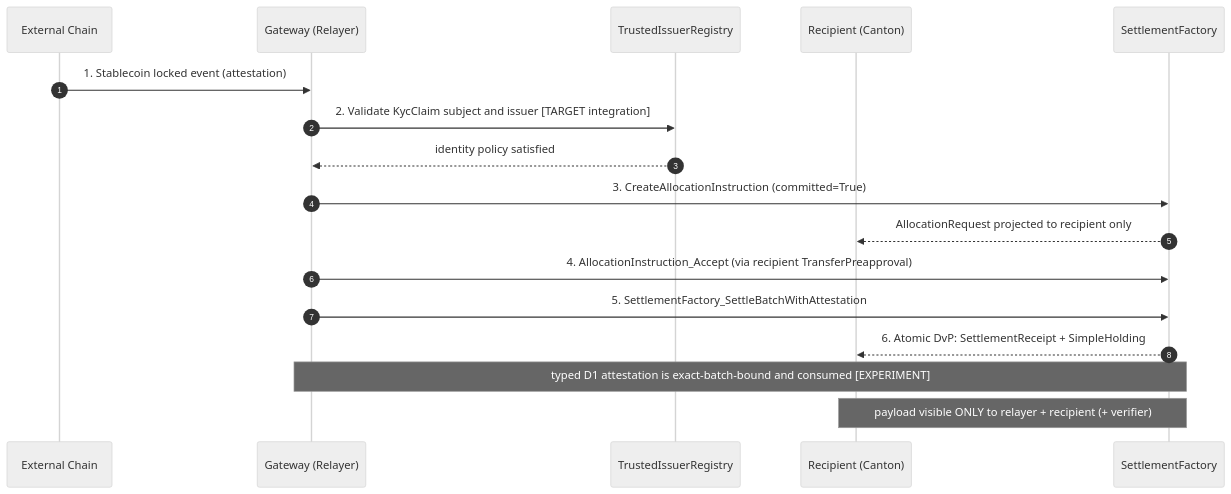
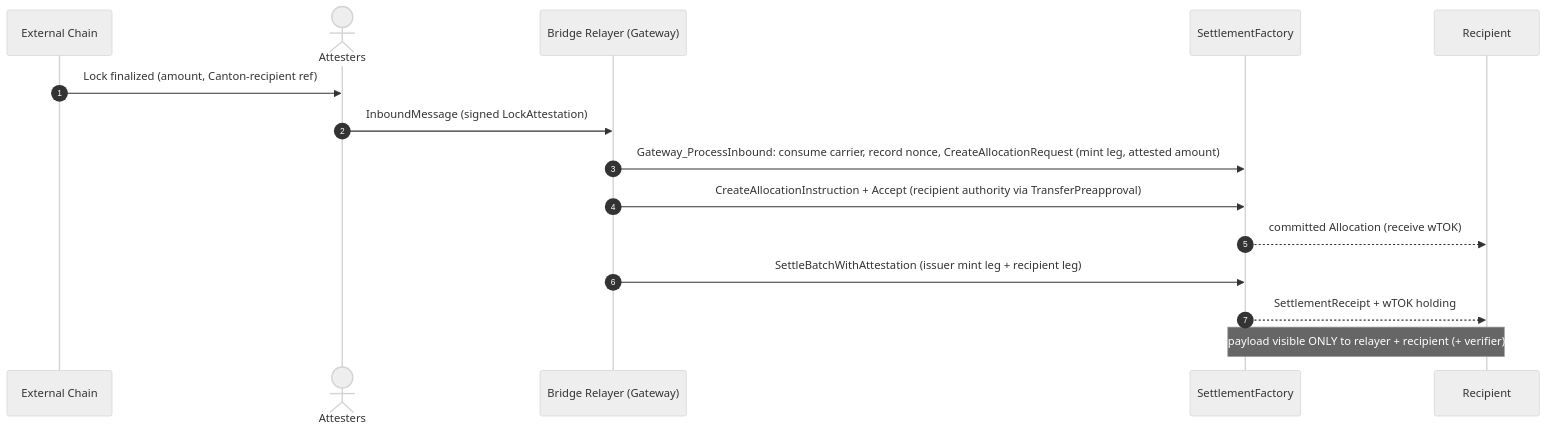
Before and after one commit to OpenZeppelin/canton-specs: the fifth of 5 diagrams in docs/reference-architectures/cross-chain-stablecoin.md, drawn with Mermaid (neutral theme). The commit also changed other lines of this file and 13 other files, not shown here.

````diff
--- a/docs/reference-architectures/cross-chain-stablecoin.md
+++ b/docs/reference-architectures/cross-chain-stablecoin.md
@@ -648,20 +238,18 @@
 ```mermaid
 sequenceDiagram
     autonumber
     participant Ext as External Chain
-    participant GW as Gateway (Relayer)
-    participant Reg as TrustedIssuerRegistry
-    participant Rec as Recipient (Canton)
-    participant SF as SettlementFactory
+    actor Attesters
+    participant Relayer as Bridge Relayer (Gateway)
+    participant SettleFactory as SettlementFactory
+    participant Recipient
 
-    Ext->>GW: 1. Stablecoin locked event (attestation)
-    GW->>Reg: 2. Validate KycClaim subject and issuer [TARGET integration]
-    Reg-->>GW: identity policy satisfied
-    GW->>SF: 3. CreateAllocationInstruction (committed=True)
-    SF-->>Rec: AllocationRequest projected to recipient only
-    GW->>SF: 4. AllocationInstruction_Accept (via recipient TransferPreapproval)
-    GW->>SF: 5. SettlementFactory_SettleBatchWithAttestation
-    SF-->>Rec: 6. Atomic DvP: SettlementReceipt + SimpleHolding
-    note over GW,SF: typed D1 attestation is exact-batch-bound and consumed [EXPERIMENT]
-    note over SF,Rec: payload visible ONLY to relayer + recipient (+ verifier)
+    Ext->>Attesters: Lock finalized (amount, Canton-recipient ref)
+    Attesters->>Relayer: InboundMessage (signed LockAttestation)
+    Relayer->>SettleFactory: Gateway_ProcessInbound: consume carrier, record nonce, CreateAllocationRequest (mint leg, attested amount)
+    Relayer->>SettleFactory: CreateAllocationInstruction + Accept (recipient authority via TransferPreapproval)
+    SettleFactory-->>Recipient: committed Allocation (receive wTOK)
+    Relayer->>SettleFactory: SettleBatchWithAttestation (issuer mint leg + recipient leg)
+    SettleFactory-->>Recipient: SettlementReceipt + wTOK holding
+    Note over SettleFactory,Recipient: payload visible ONLY to relayer + recipient (+ verifier)
 ```
````
